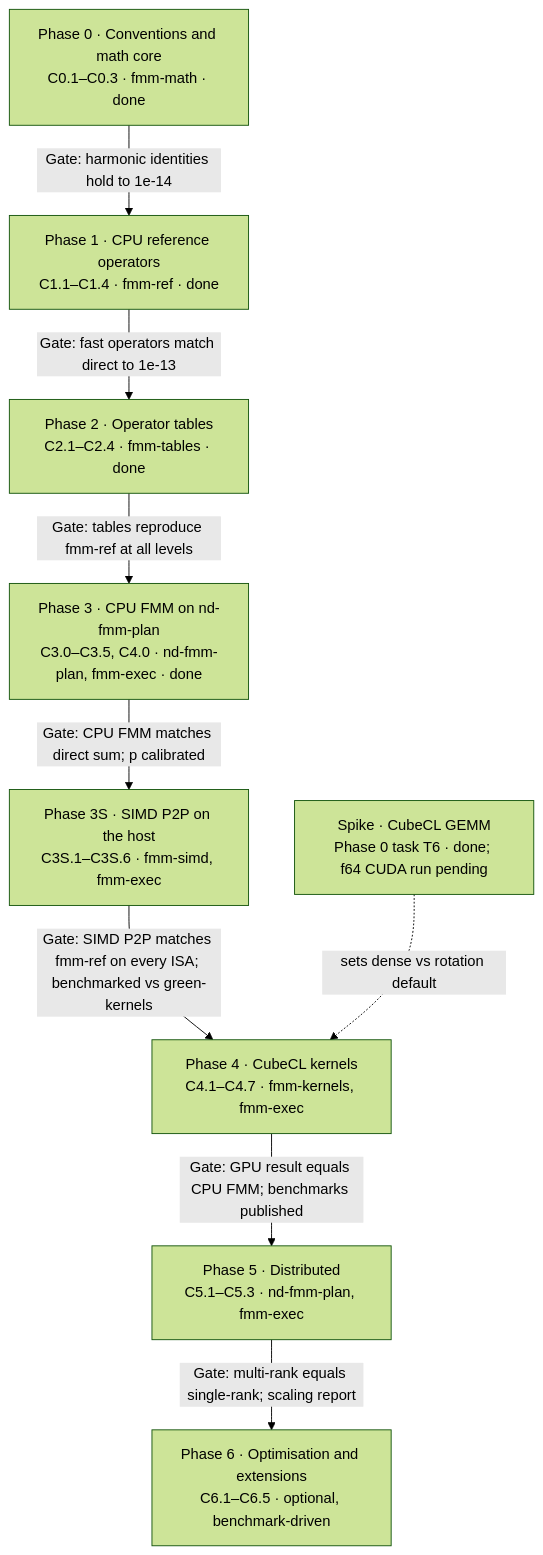
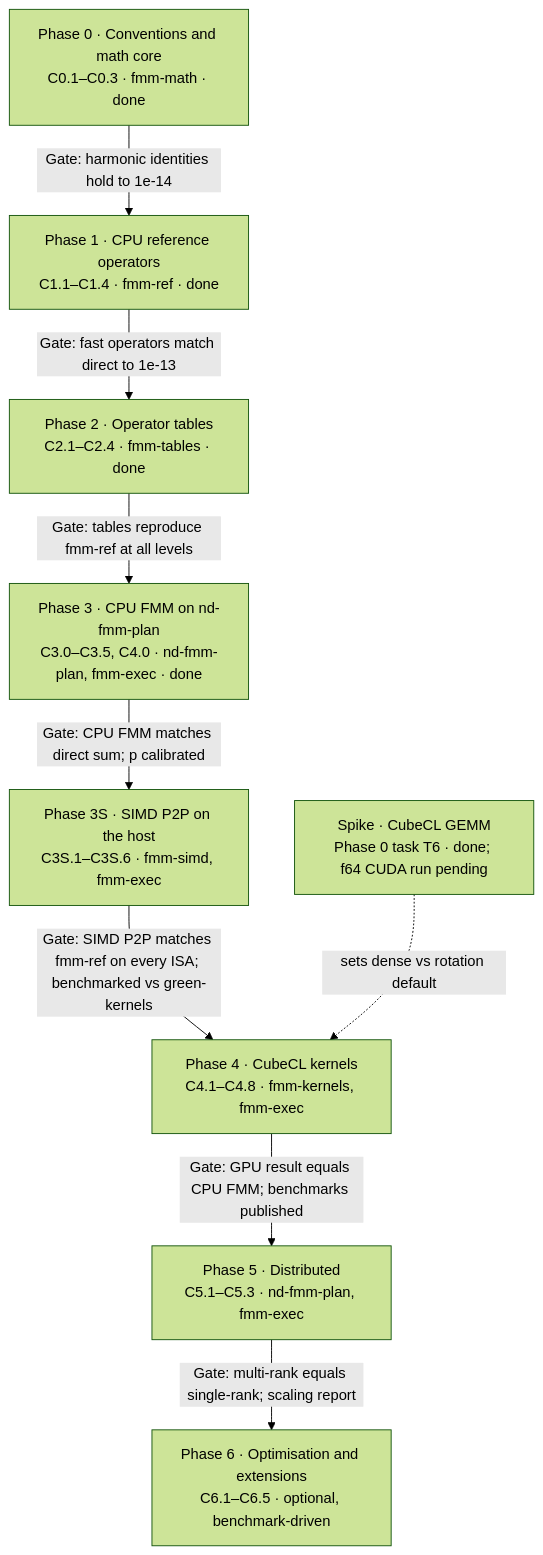
The second of 2 diagrams in docs/design/laplace-fmm-plan.md (tbetcke/fmm), drawn with Mermaid (forest theme) before and after one commit. The commit also changed other lines of this file and 14 other files, not shown here.

First line of the commit message:
Plan Phase 4: CubeCL kernels and the device path

````diff
--- a/docs/design/laplace-fmm-plan.md
+++ b/docs/design/laplace-fmm-plan.md
@@ -793,20 +800,20 @@
 ```mermaid
 flowchart TB
   P0["Phase 0 · Conventions and math core<br/>C0.1–C0.3 · fmm-math · done"]
   P1["Phase 1 · CPU reference operators<br/>C1.1–C1.4 · fmm-ref · done"]
   P2["Phase 2 · Operator tables<br/>C2.1–C2.4 · fmm-tables · done"]
   P3["Phase 3 · CPU FMM on nd-fmm-plan<br/>C3.0–C3.5, C4.0 · nd-fmm-plan, fmm-exec · done"]
   P3S["Phase 3S · SIMD P2P on the host<br/>C3S.1–C3S.6 · fmm-simd, fmm-exec"]
-  P4["Phase 4 · CubeCL kernels<br/>C4.1–C4.7 · fmm-kernels, fmm-exec"]
+  P4["Phase 4 · CubeCL kernels<br/>C4.1–C4.8 · fmm-kernels, fmm-exec"]
   P5["Phase 5 · Distributed<br/>C5.1–C5.3 · nd-fmm-plan, fmm-exec"]
   P6["Phase 6 · Optimisation and extensions<br/>C6.1–C6.5 · optional, benchmark-driven"]
   S["Spike · CubeCL GEMM<br/>Phase 0 task T6 · done; f64 CUDA run pending"]
   P0 -- "Gate: harmonic identities hold to 1e-14" --> P1
   P1 -- "Gate: fast operators match direct to 1e-13" --> P2
   P2 -- "Gate: tables reproduce fmm-ref at all levels" --> P3
   P3 -- "Gate: CPU FMM matches direct sum; p calibrated" --> P3S
   P3S -- "Gate: SIMD P2P matches fmm-ref on every ISA; benchmarked vs green-kernels" --> P4
   P4 -- "Gate: GPU result equals CPU FMM; benchmarks published" --> P5
   P5 -- "Gate: multi-rank equals single-rank; scaling report" --> P6
   S -. "sets dense vs rotation default" .-> P4
 ```
````
